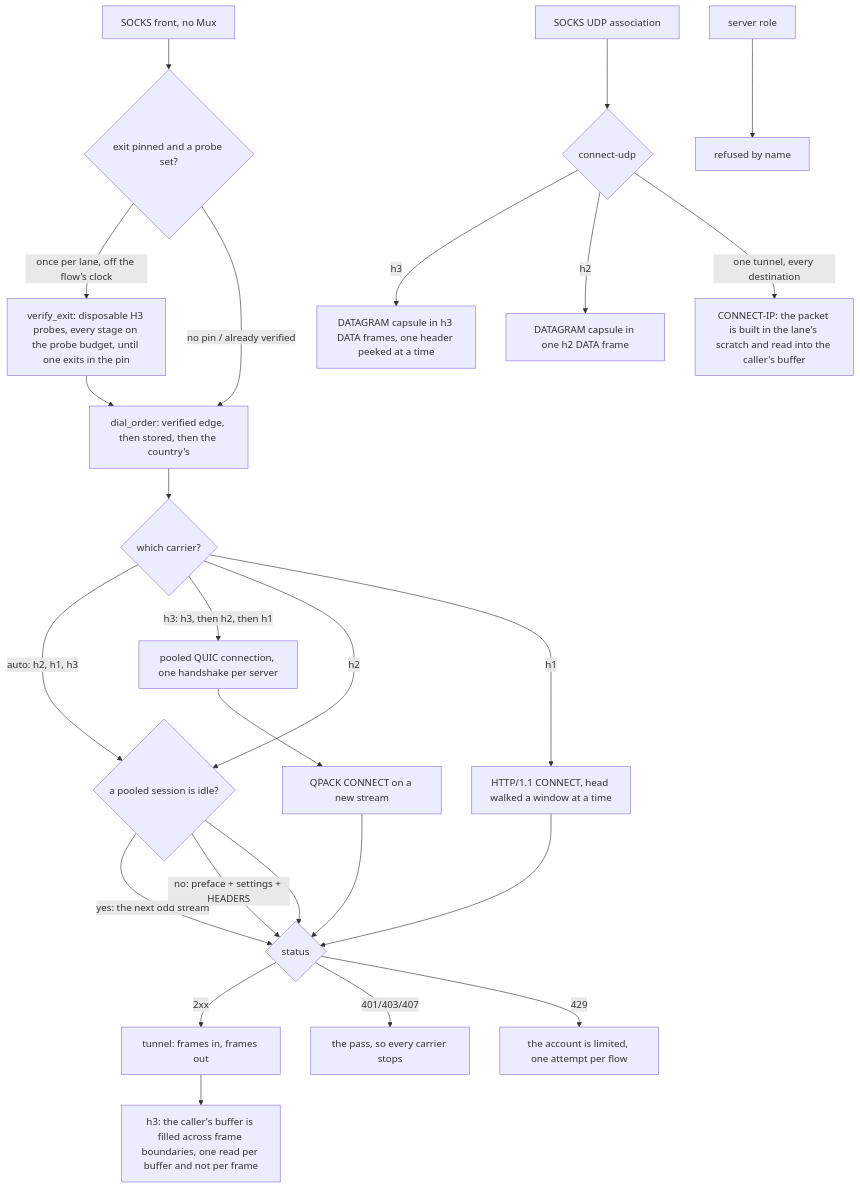
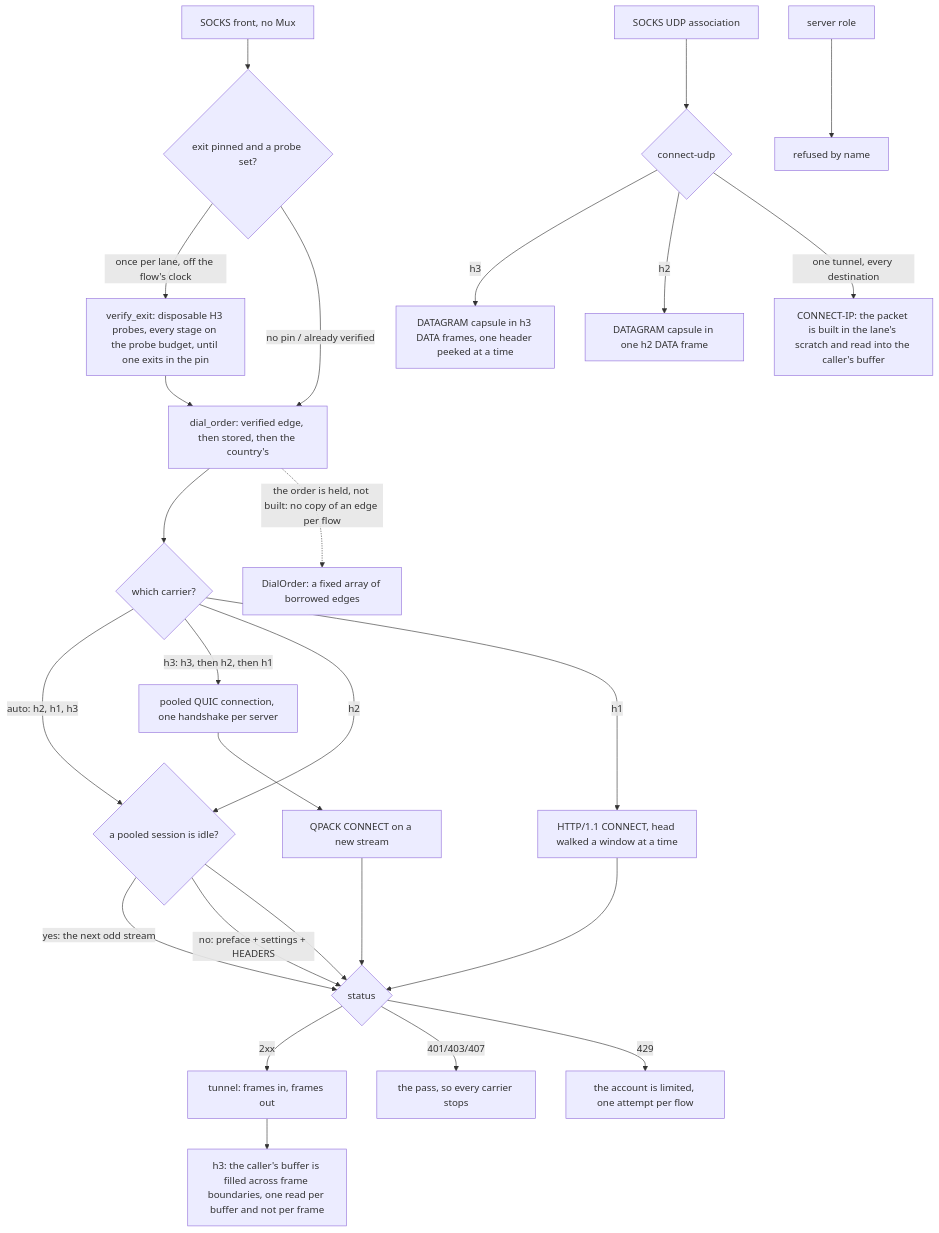
The diagram in docs/function/carrier-foxy.md (Ferrocite/ferrox), drawn with Mermaid before and after one commit. The commit also changed other lines of this file and 15 other files, not shown here.

````diff
--- a/docs/function/carrier-foxy.md
+++ b/docs/function/carrier-foxy.md
@@ -22,27 +22,28 @@
 ```mermaid
 graph TD
     S["SOCKS front, no Mux"] --> V{"exit pinned and a probe set?"}
     V -- "once per lane, off the flow's clock" --> P["verify_exit: disposable H3 probes, every stage on the probe budget, until one exits in the pin"]
     P --> O["dial_order: verified edge, then stored, then the country's"]
     V -- "no pin / already verified" --> O
     O --> T{"which carrier?"}
+    O -. "the order is held, not built: no copy of an edge per flow" .-> ON["DialOrder: a fixed array of borrowed edges"]
     T -- "auto: h2, h1, h3" --> G
     T -- "h3: h3, then h2, then h1" --> Pq["pooled QUIC connection, one handshake per server"]
     Pq --> H["QPACK CONNECT on a new stream"]
     T -- h2 --> G{"a pooled session is idle?"}
     G -- "yes: the next odd stream" --> R
     G -- "no: preface + settings + HEADERS" --> R
     T -- h1 --> L["HTTP/1.1 CONNECT, head walked a window at a time"]
     H --> R{"status"}
     G --> R
     L --> R
     R -- 2xx --> D["tunnel: frames in, frames out"]
     D --> D2["h3: the caller's buffer is filled across frame boundaries, one read per buffer and not per frame"]
     R -- 401/403/407 --> X["the pass, so every carrier stops"]
     R -- 429 --> Y["the account is limited, one attempt per flow"]
     U["SOCKS UDP association"] --> Q{"connect-udp"}
     Q -- h3 --> C["DATAGRAM capsule in h3 DATA frames, one header peeked at a time"]
     Q -- h2 --> E["DATAGRAM capsule in one h2 DATA frame"]
     Q -- "one tunnel, every destination" --> I["CONNECT-IP: the packet is built in the lane's scratch and read into the caller's buffer"]
     H2S["server role"] --> N["refused by name"]
 ```
````
